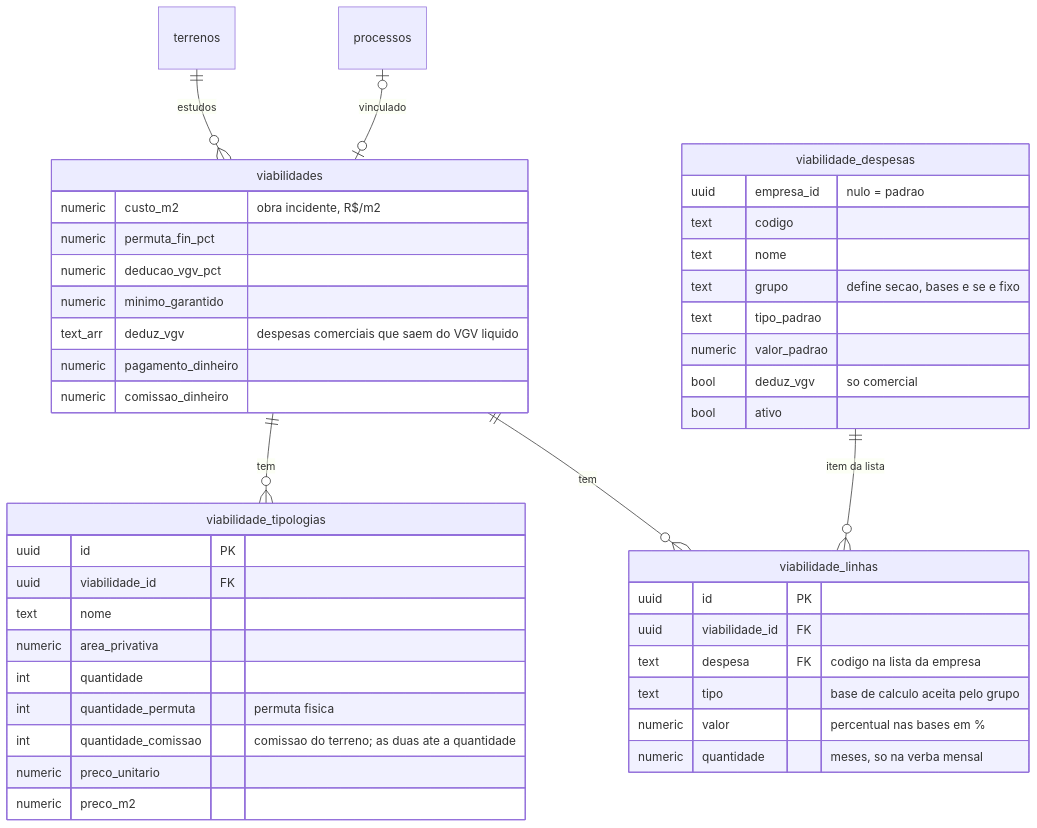
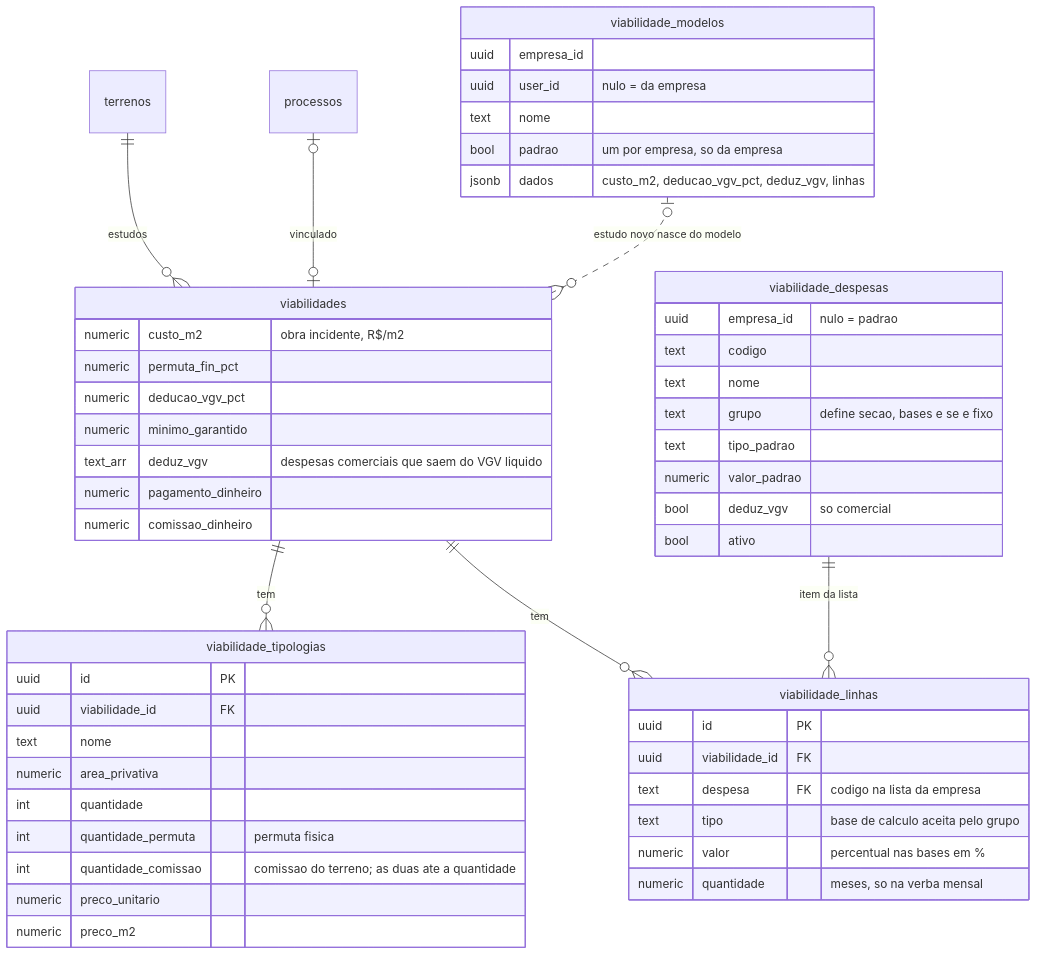
The sixth of 7 diagrams in docs/modelo.md (Mbekerman/bkm_terrenos-claude), drawn with Mermaid before and after one commit. The commit also changed other lines of this file and 9 other files, not shown here.

First line of the commit message:
Modelos de estudo de viabilidade: padrão da empresa e modelos do usuário

````diff
--- a/docs/modelo.md
+++ b/docs/modelo.md
@@ -725,46 +725,54 @@
 ```mermaid
 erDiagram
   terrenos ||--o{ viabilidades : "estudos"
   processos |o--o| viabilidades : "vinculado"
   viabilidades ||--o{ viabilidade_tipologias : tem
   viabilidades ||--o{ viabilidade_linhas : tem
   viabilidade_despesas ||--o{ viabilidade_linhas : "item da lista"
+  viabilidade_modelos |o..o{ viabilidades : "estudo novo nasce do modelo"
+  viabilidade_modelos {
+    uuid empresa_id
+    uuid user_id "nulo = da empresa"
+    text nome
+    bool padrao "um por empresa, so da empresa"
+    jsonb dados "custo_m2, deducao_vgv_pct, deduz_vgv, linhas"
+  }
   viabilidades {
     numeric custo_m2 "obra incidente, R$/m2"
     numeric permuta_fin_pct
     numeric deducao_vgv_pct
     numeric minimo_garantido
     text_arr deduz_vgv "despesas comerciais que saem do VGV liquido"
     numeric pagamento_dinheiro
     numeric comissao_dinheiro
   }
   viabilidade_tipologias {
     uuid id PK
     uuid viabilidade_id FK
     text nome
     numeric area_privativa
     int quantidade
     int quantidade_permuta "permuta fisica"
     int quantidade_comissao "comissao do terreno; as duas ate a quantidade"
     numeric preco_unitario
     numeric preco_m2
   }
   viabilidade_linhas {
     uuid id PK
     uuid viabilidade_id FK
     text despesa FK "codigo na lista da empresa"
     text tipo "base de calculo aceita pelo grupo"
     numeric valor "percentual nas bases em %"
     numeric quantidade "meses, so na verba mensal"
   }
   viabilidade_despesas {
     uuid empresa_id "nulo = padrao"
     text codigo
     text nome
     text grupo "define secao, bases e se e fixo"
     text tipo_padrao
     numeric valor_padrao
     bool deduz_vgv "so comercial"
     bool ativo
   }
 ```
````
